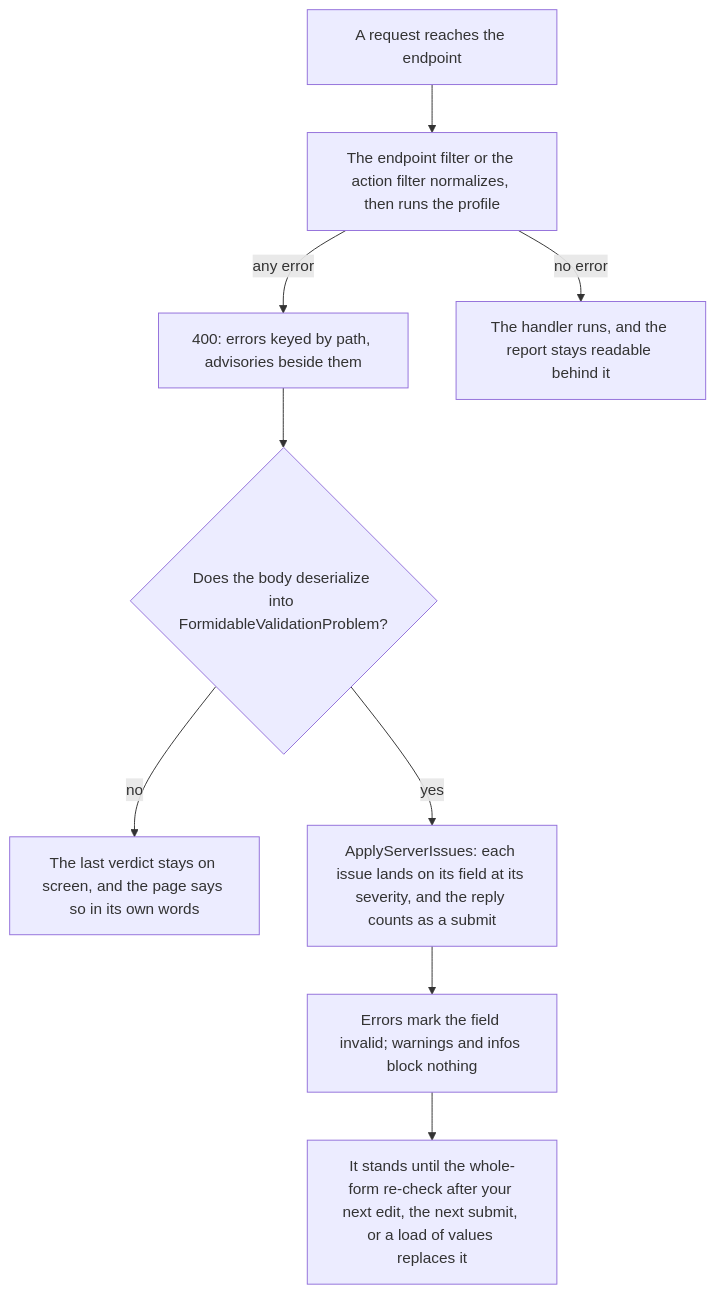
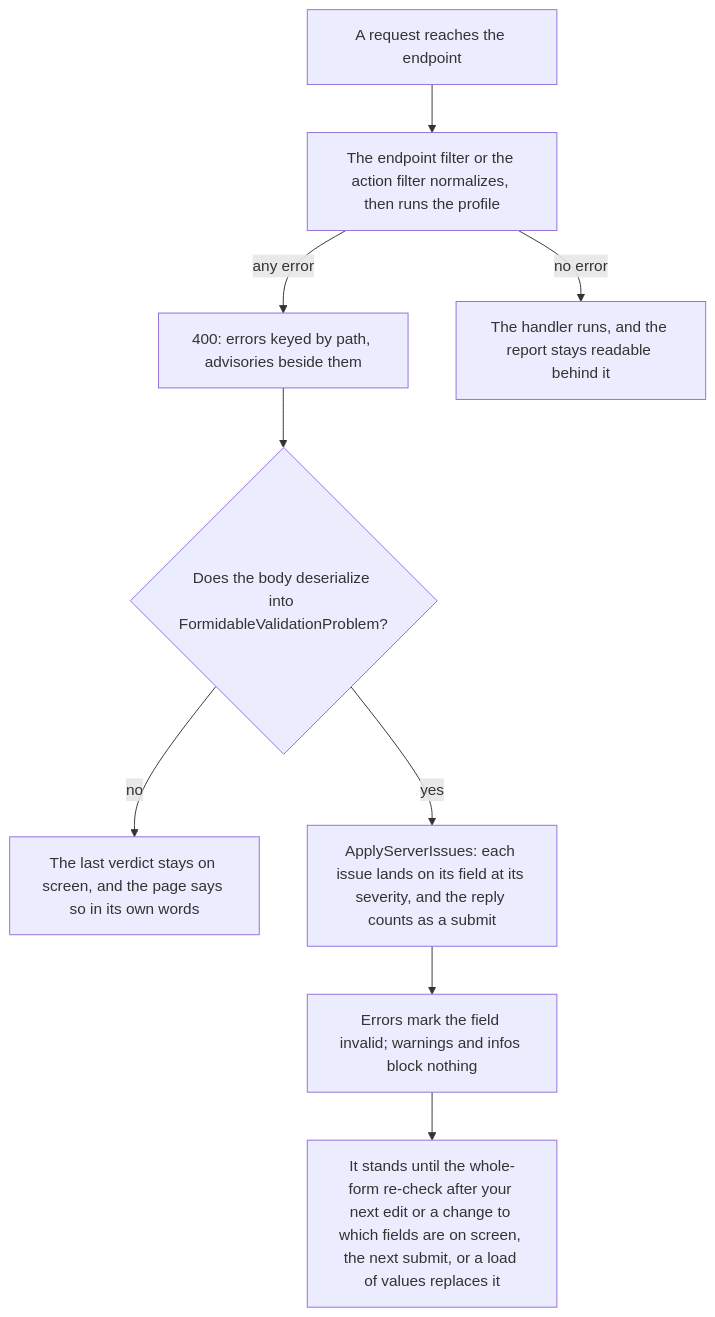
The diagram in docs/server-integration.md (xfunc-pty-ltd/formidable), drawn with Mermaid before and after one commit. The commit also changed other lines of this file, not shown here.

First line of the commit message:
docs: say what replaces a reply and when focus can follow its apply

````diff
--- a/docs/server-integration.md
+++ b/docs/server-integration.md
@@ -17,11 +17,11 @@
 ```mermaid
 flowchart TD
     REQ["A request reaches the endpoint"] --> AD["The endpoint filter or the action filter normalizes, then runs the profile"]
     AD -- "any error" --> R400["400: errors keyed by path, advisories beside them"]
     AD -- "no error" --> R200["The handler runs, and the report stays readable behind it"]
     R400 --> GUARD{"Does the body deserialize into FormidableValidationProblem?"}
     GUARD -- "no" --> KEEP["The last verdict stays on screen, and the page says so in its own words"]
     GUARD -- "yes" --> APPLY["ApplyServerIssues: each issue lands on its field at its severity, and the reply counts as a submit"]
     APPLY --> SHOW["Errors mark the field invalid; warnings and infos block nothing"]
-    SHOW --> CLEAR["It stands until the whole-form re-check after your next edit, the next submit, or a load of values replaces it"]
+    SHOW --> CLEAR["It stands until the whole-form re-check after your next edit or a change to which fields are on screen, the next submit, or a load of values replaces it"]
 ```
````
